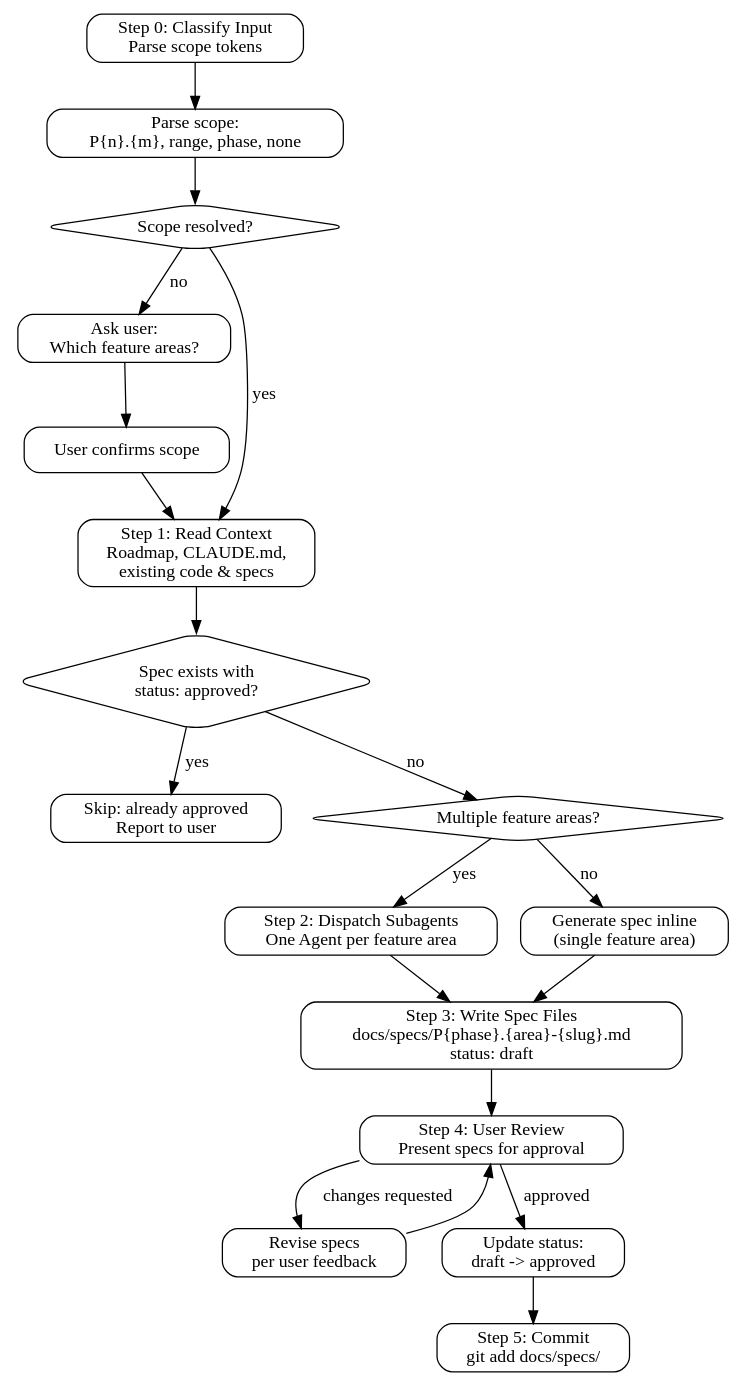
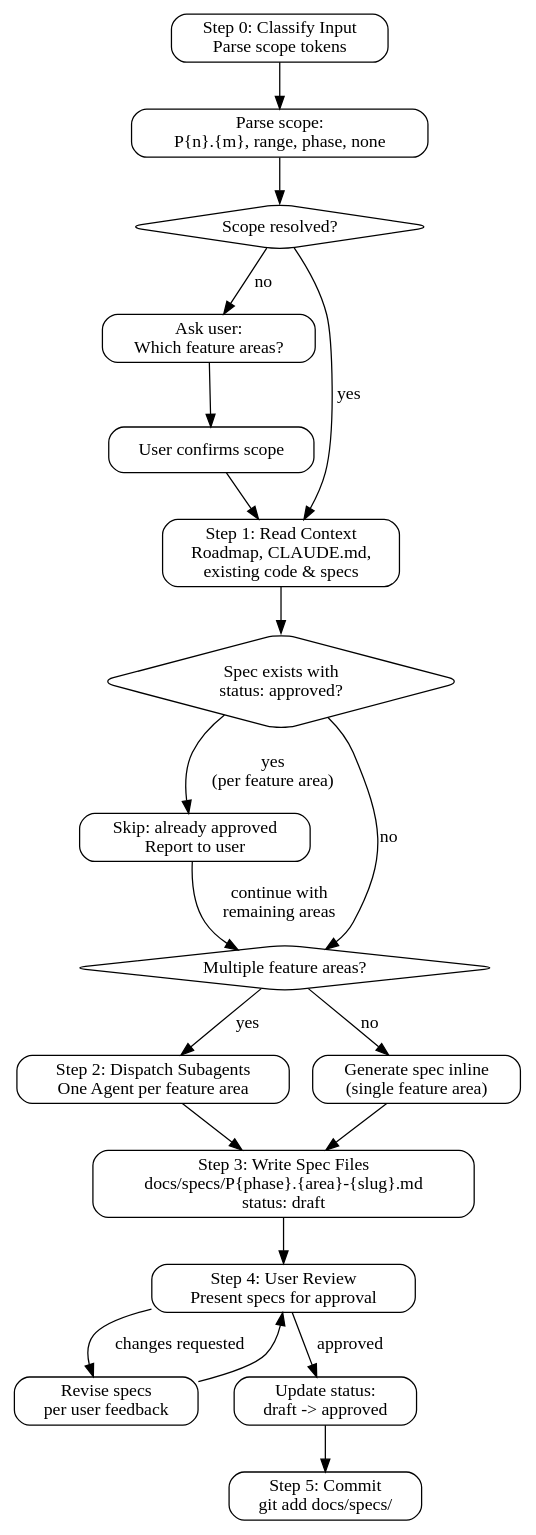
Before and after one commit to litecore-ai/ddd-coding-skills: the diagram in skills/ddd-spec/SKILL.md, drawn with Graphviz. The commit also changed other lines of this file and 2 other files, not shown here.

Commit message:
fix: address code review findings for ddd-spec
- Add Agent to ddd-spec allowed-tools (required for subagent dispatch)
- Remove undocumented --force flag reference, use delete-to-regenerate
- Sync package.json description with plugin.json
- Update ddd-develop Quick Reference to include spec compliance
- Fix ddd-spec diagram: skip node is per-feature-area, not terminal

````diff
--- a/skills/ddd-spec/SKILL.md
+++ b/skills/ddd-spec/SKILL.md
@@ -29,42 +30,43 @@
 ```dot
 digraph ddd_spec {
   rankdir=TB;
   node [shape=box, style=rounded];
 
   input [label="Step 0: Classify Input\nParse scope tokens"];
   parse [label="Parse scope:\nP{n}.{m}, range, phase, none"];
   has_scope [label="Scope resolved?" shape=diamond];
   ask_user [label="Ask user:\nWhich feature areas?"];
   confirm [label="User confirms scope"];
   read_ctx [label="Step 1: Read Context\nRoadmap, CLAUDE.md,\nexisting code & specs"];
   skip_check [label="Spec exists with\nstatus: approved?" shape=diamond];
   skip [label="Skip: already approved\nReport to user"];
   multi_check [label="Multiple feature areas?" shape=diamond];
   dispatch [label="Step 2: Dispatch Subagents\nOne Agent per feature area"];
   single [label="Generate spec inline\n(single feature area)"];
   write [label="Step 3: Write Spec Files\ndocs/specs/P{phase}.{area}-{slug}.md\nstatus: draft"];
   review [label="Step 4: User Review\nPresent specs for approval"];
   revise [label="Revise specs\nper user feedback"];
   approve [label="Update status:\ndraft -> approved"];
   commit [label="Step 5: Commit\ngit add docs/specs/"];
 
   input -> parse;
   parse -> has_scope;
   has_scope -> read_ctx [label="yes"];
   has_scope -> ask_user [label="no"];
   ask_user -> confirm;
   confirm -> read_ctx;
   read_ctx -> skip_check;
-  skip_check -> skip [label="yes"];
+  skip_check -> skip [label="yes\n(per feature area)"];
+  skip -> multi_check [label="continue with\nremaining areas"];
   skip_check -> multi_check [label="no"];
   multi_check -> dispatch [label="yes"];
   multi_check -> single [label="no"];
   dispatch -> write;
   single -> write;
   write -> review;
   review -> revise [label="changes requested"];
   revise -> review;
   review -> approve [label="approved"];
   approve -> commit;
 }
 ```
````
